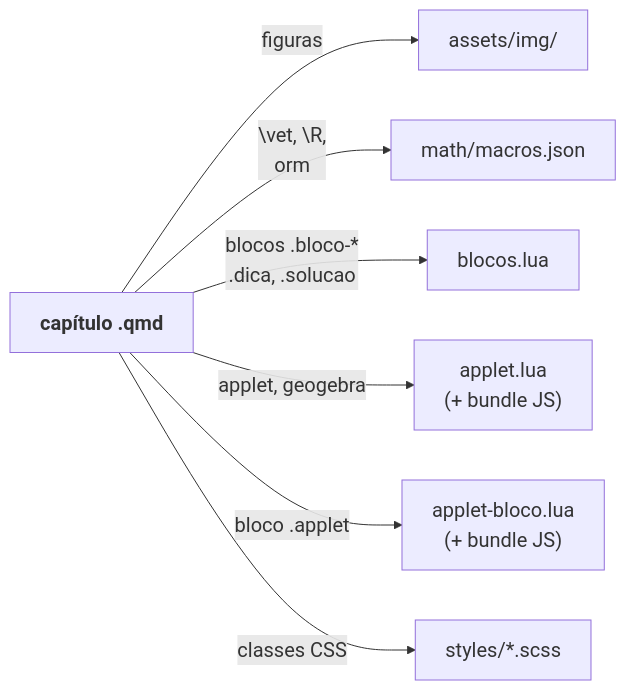
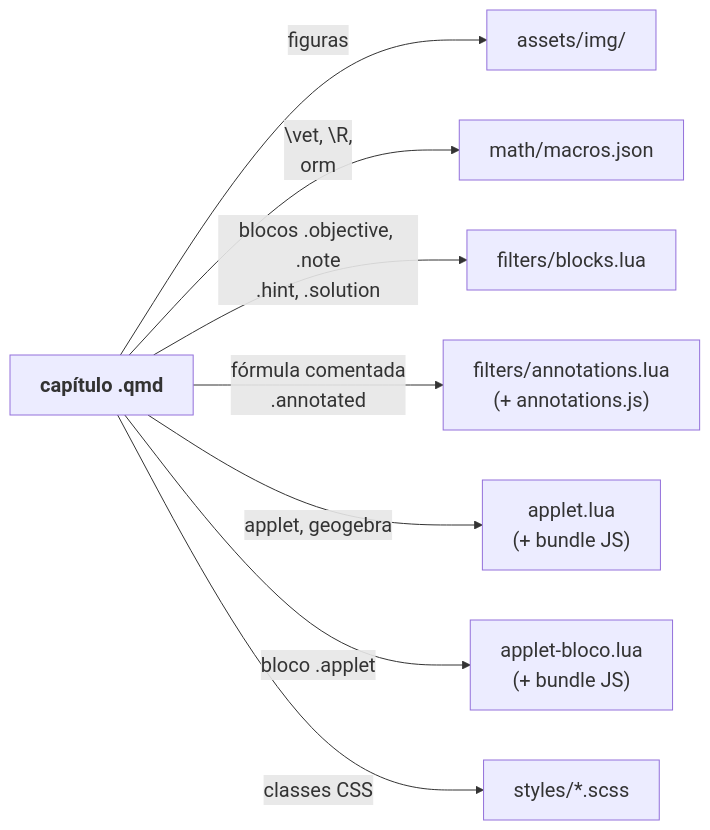
Before and after one commit to lcmerlo/livro-online-fcg: the third of 9 diagrams in _interno/diretrizes/arquitetura.md, drawn with Mermaid. The commit also changed other lines of this file and 7 other files, not shown here.

````diff
--- a/_interno/diretrizes/arquitetura.md
+++ b/_interno/diretrizes/arquitetura.md
@@ -304,11 +310,12 @@
 ```mermaid
 %%{init: {"themeVariables": {"fontSize": "20px"}, "flowchart": {"wrappingWidth": 420}}}%%
 flowchart LR
     cap["<b>capítulo .qmd</b>"]
     cap -->|"figuras"| img["assets/img/"]
     cap -->|"\vet, \R, \norm"| macros["math/macros.json"]
-    cap -->|"blocos .bloco-*<br/>.dica, .solucao"| blocos["blocos.lua"]
+    cap -->|"blocos .objective, .note<br/>.hint, .solution"| blocos["filters/blocks.lua"]
+    cap -->|"fórmula comentada<br/>.annotated"| annot["filters/annotations.lua<br/>(+ annotations.js)"]
     cap -->|"applet, geogebra"| appletlua["applet.lua<br/>(+ bundle JS)"]
     cap -->|"bloco .applet"| appletbloco["applet-bloco.lua<br/>(+ bundle JS)"]
     cap -->|"classes CSS"| scss["styles/*.scss"]
 ```
````
